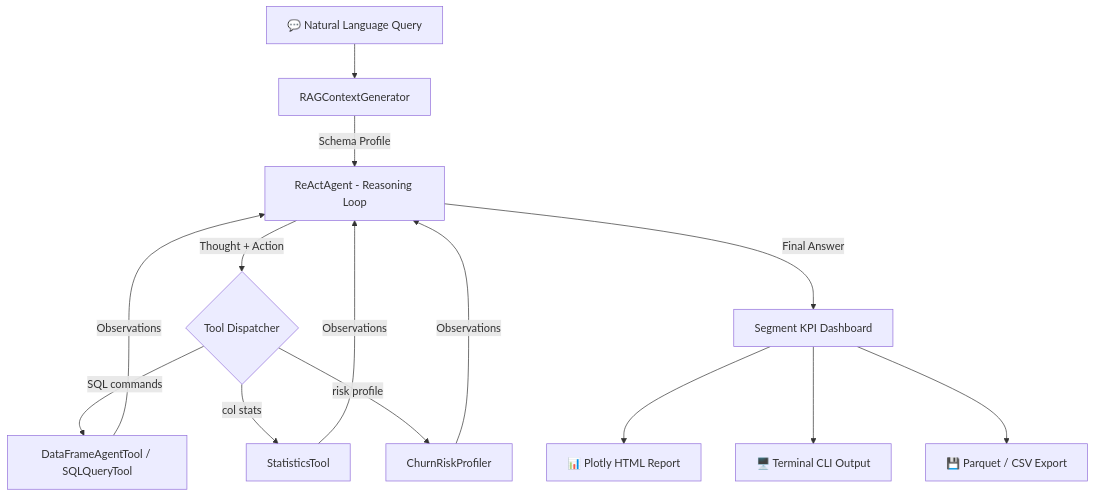
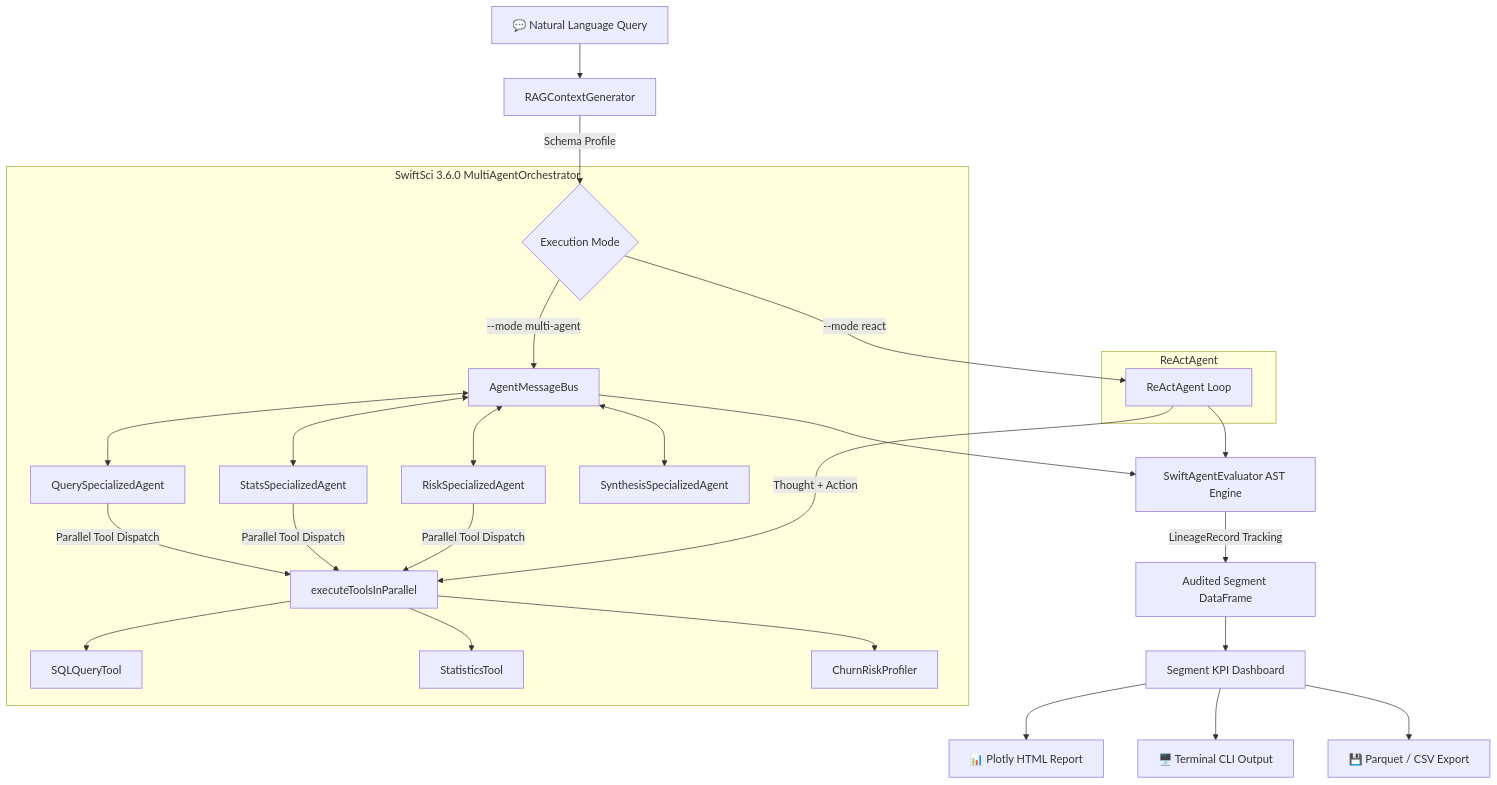
The diagram in README.md (Nodibell/SwiftDataAnalyst-Agent), drawn with Mermaid before and after one commit. The commit also changed other lines of this file and 6 other files, not shown here.

Commit message:
feat: upgrade to SwiftSci 3.6.0 with MultiAgentOrchestrator, LineageRecord audit trail, and 10-test suite

````diff
--- a/README.md
+++ b/README.md
@@ -27,16 +28,30 @@
 ```mermaid
 flowchart TD
     A[💬 Natural Language Query] --> B[RAGContextGenerator]
-    B -->|Schema Profile| C[ReActAgent - Reasoning Loop]
+    B -->|Schema Profile| C{Execution Mode}
     
-    C -->|Thought + Action| D{Tool Dispatcher}
-    D -->|SQL commands| E[DataFrameAgentTool / SQLQueryTool]
-    D -->|col stats| F[StatisticsTool]
-    D -->|risk profile| G[ChurnRiskProfiler]
-    
-    E & F & G -->|Observations| C
-    C -->|Final Answer| H[Segment KPI Dashboard]
+    subgraph Multi-Agent Collaboration [SwiftSci 3.6.0 MultiAgentOrchestrator]
+        C -->|--mode multi-agent| M[AgentMessageBus]
+        M <--> AG1[QuerySpecializedAgent]
+        M <--> AG2[StatsSpecializedAgent]
+        M <--> AG3[RiskSpecializedAgent]
+        M <--> AG4[SynthesisSpecializedAgent]
+        
+        AG1 & AG2 & AG3 -->|Parallel Tool Dispatch| T[executeToolsInParallel]
+        T --> T1[SQLQueryTool]
+        T --> T2[StatisticsTool]
+        T --> T3[ChurnRiskProfiler]
+    end
+
+    subgraph Single-Agent ReAct Loop [ReActAgent]
+        C -->|--mode react| R[ReActAgent Loop]
+        R -->|Thought + Action| T
+    end
+
+    M & R --> D[SwiftAgentEvaluator AST Engine]
+    D -->|LineageRecord Tracking| L[Audited Segment DataFrame]
+    L --> H[Segment KPI Dashboard]
     H --> I[📊 Plotly HTML Report]
     H --> J[🖥️ Terminal CLI Output]
     H --> K[💾 Parquet / CSV Export]
 ```
````
